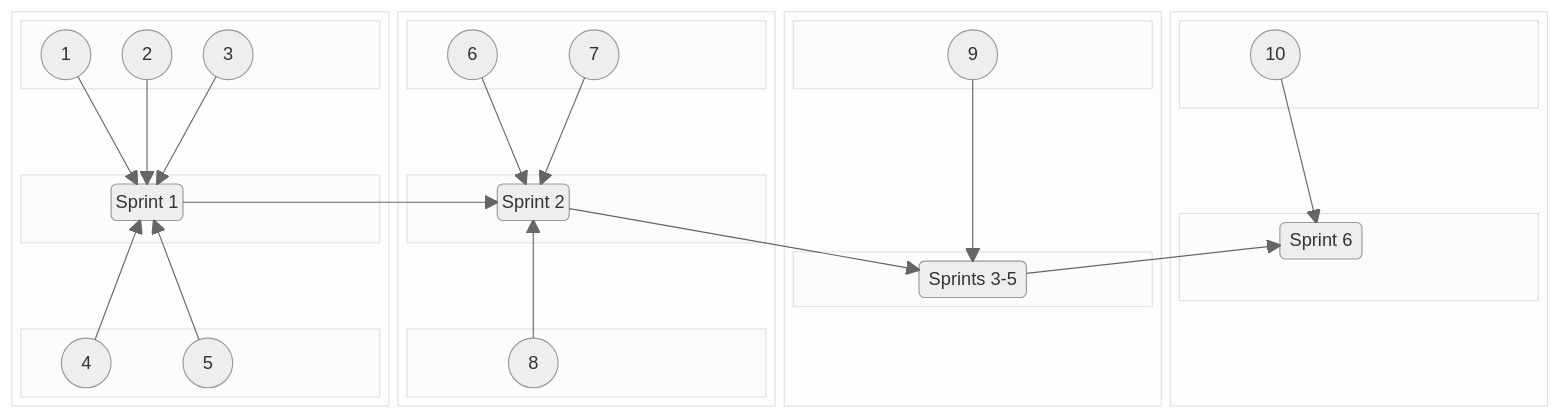
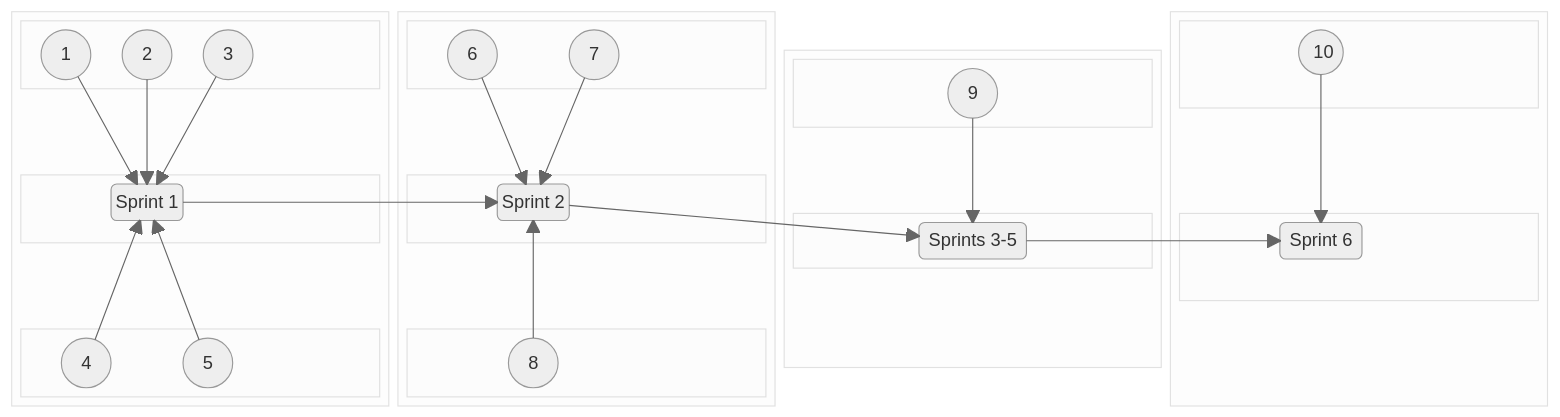
One commit to jdmedlock/mermaid_testing changed the second of 2 diagrams in README.md. Above: the diagram before and after it, drawn with Mermaid (neutral theme).

Commit message:
Feature: Add annotations to test layout

```diff
--- a/README.md
+++ b/README.md
@@ -144,7 +144,6 @@
         A9(("&nbsp;&nbsp; 9 &nbsp;&nbsp;"))
       end
       space
-      space
       block:B3CENTER
         columns 3
         space
@@ -158,13 +157,14 @@
     block:B4:1
       columns 1
       block:B4TOP
-        A10(("&nbsp;&nbsp;10&nbsp;&nbsp;"))
+        A10(("&nbsp;&nbsp;10&nbsp;"))
       end
       space
       block:B4CENTER
         columns 3
         space
         SPRINT6("&nbsp;Sprint 6&nbsp;")
+        space
       end
       space
       A10 ----> SPRINT6
```
